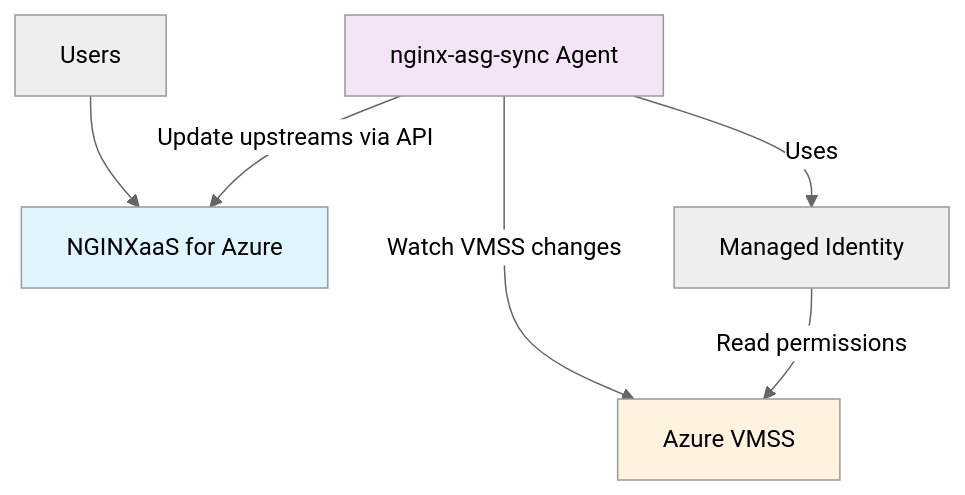
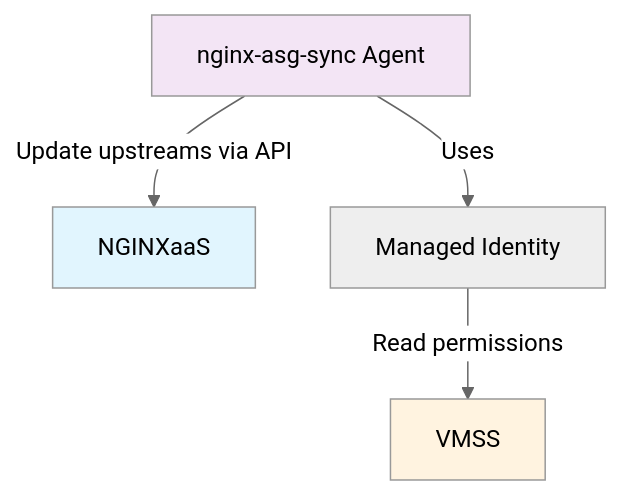
One commit to nginx/documentation changed the diagram in content/nginxaas-azure/vmss-backend.md. Above: the diagram before and after it, drawn with Mermaid (neutral theme). The commit also changed other lines of this file and 2 other files, not shown here.

Commit message:
NLB-2234: Make dataplane api key as a common page

````diff
--- a/content/nginxaas-azure/vmss-backend.md
+++ b/content/nginxaas-azure/vmss-backend.md
@@ -21,13 +21,11 @@
 ```mermaid
 flowchart TB
-    Users[Users] --> NGINXaaS[NGINXaaS for Azure] 
-    Agent[nginx-asg-sync Agent] --> |Watch VMSS changes| VMSS[Azure VMSS]
-    Agent --> |Update upstreams via API| NGINXaaS
+    Agent[nginx-asg-sync Agent] --> |Update upstreams via API| NGINXaaS
     
     MI[Managed Identity] --> |Read permissions| VMSS
     Agent --> |Uses| MI
     
     style NGINXaaS fill:#e1f5fe
     style Agent fill:#f3e5f5
     style VMSS fill:#fff3e0
 ```
````
